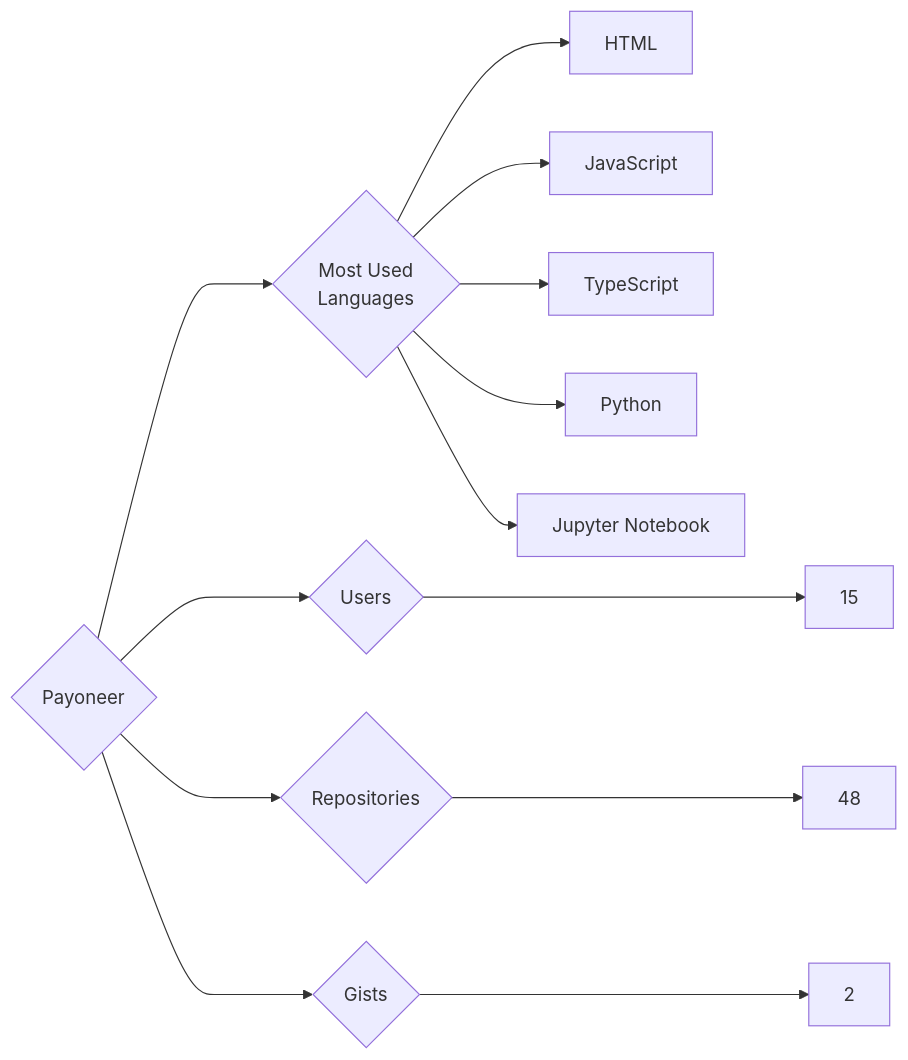
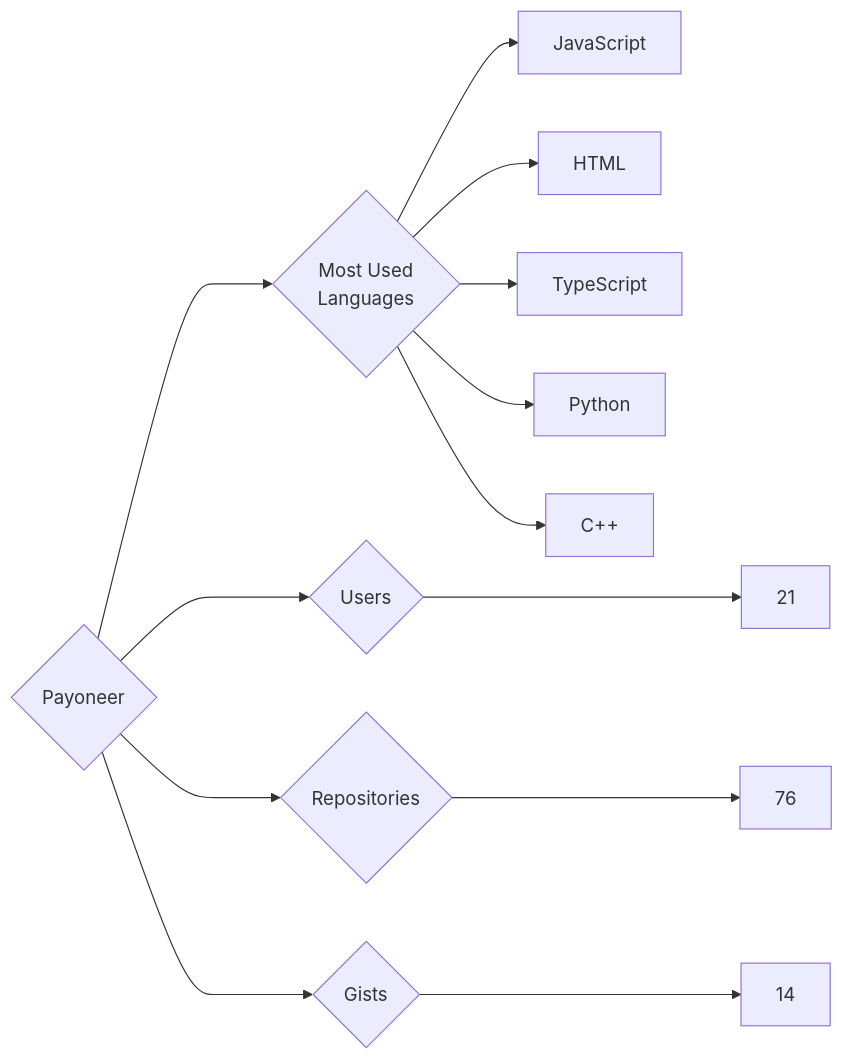
The diagram in targets/Payoneer/README.md (trickest/insiders), drawn with Mermaid before and after one commit. The commit also changed 851 other files, not shown here.

````diff
--- a/targets/Payoneer/README.md
+++ b/targets/Payoneer/README.md
@@ -3,13 +3,13 @@
 ```mermaid
 graph LR
 COMPANY_NAME{Payoneer}
-COMPANY_NAME ---> U{Users} ---> UN[15]
-COMPANY_NAME ---> R{Repositories} ---> RN[48]
-COMPANY_NAME ---> G{Gists} ---> GN[2]
+COMPANY_NAME ---> U{Users} ---> UN[21]
+COMPANY_NAME ---> R{Repositories} ---> RN[76]
+COMPANY_NAME ---> G{Gists} ---> GN[14]
 COMPANY_NAME ---> ML{Most Used<br>Languages}
+ML --> JavaScript[JavaScript]
 ML --> HTML[HTML]
-ML --> JavaScript[JavaScript]
 ML --> TypeScript[TypeScript]
 ML --> Python[Python]
-ML --> Jupyter_Notebook[Jupyter Notebook]
+ML --> C++[C++]
 ```
````
